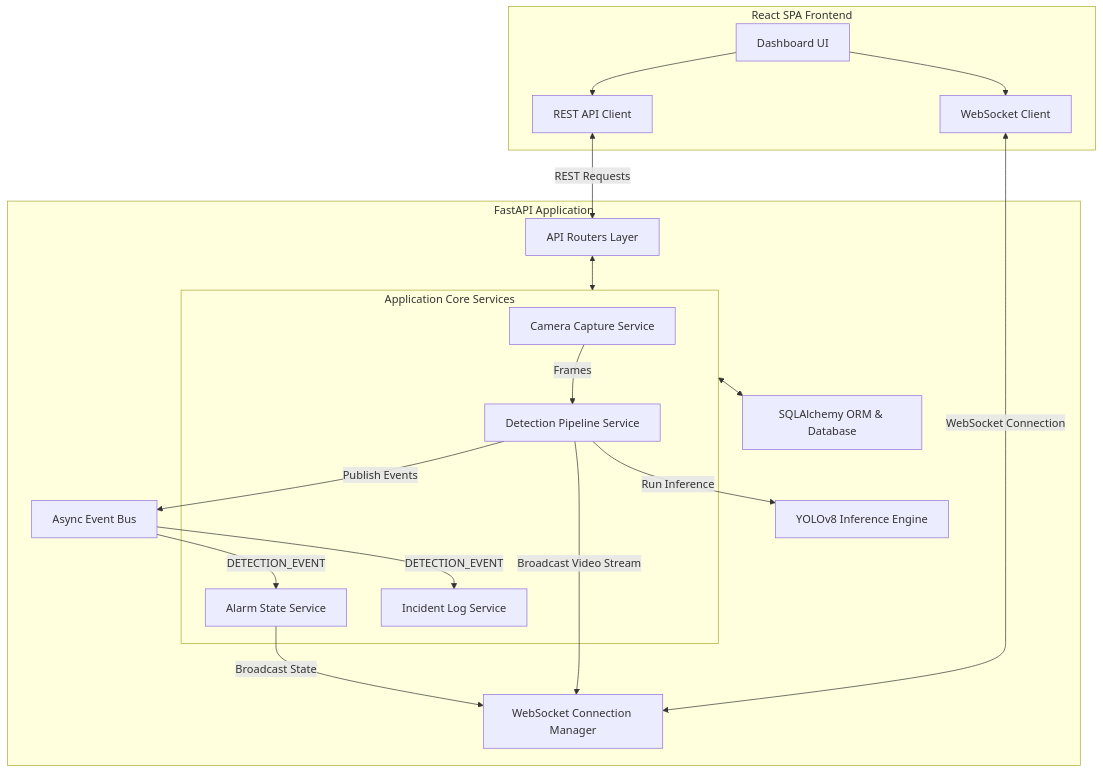
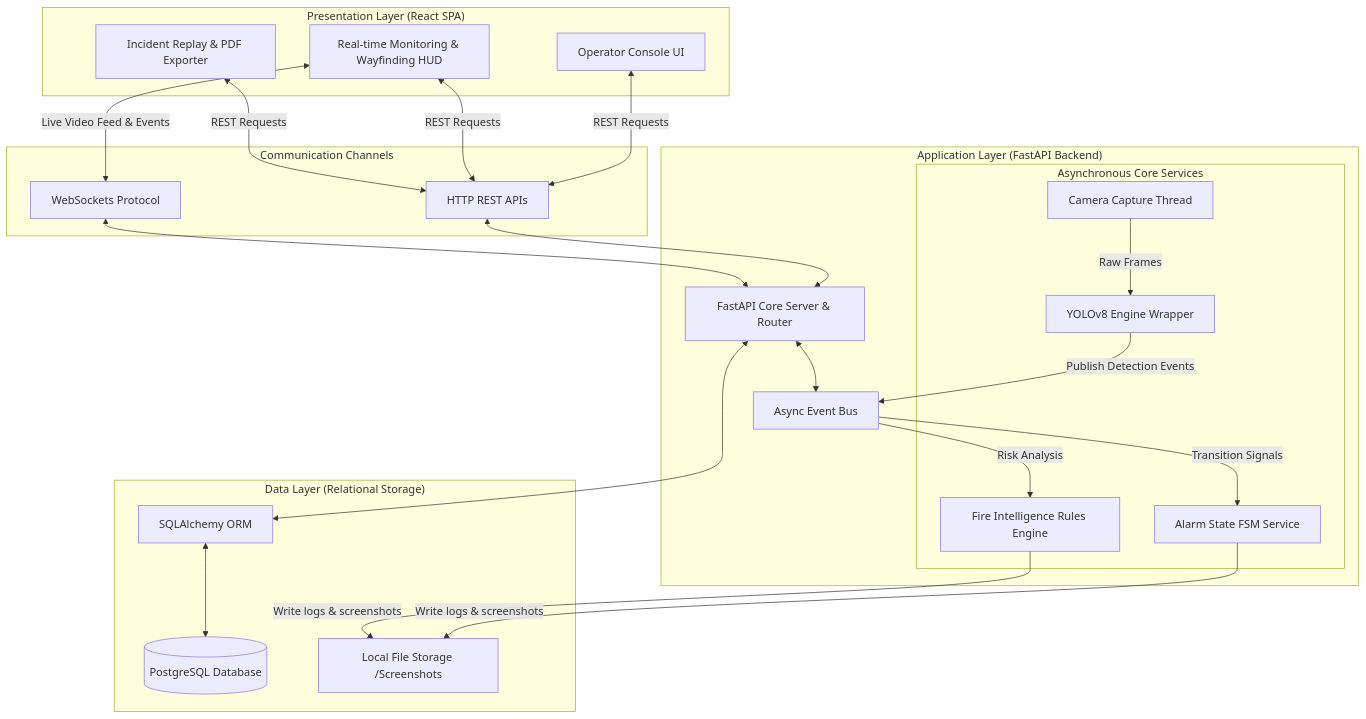
The first of 7 diagrams in project_report.md (kumarchandan001/FireGuard), drawn with Mermaid before and after one commit. The commit also changed other lines of this file, not shown here.

````diff
--- a/project_report.md
+++ b/project_report.md
@@ -434,40 +385,47 @@
 ```mermaid
-graph TD
-    subgraph Client ["React SPA Frontend"]
-        UI["Dashboard UI"]
-        WS_Client["WebSocket Client"]
-        API_Client["REST API Client"]
+graph TB
+    subgraph Client ["Presentation Layer (React SPA)"]
+        A[Operator Console UI]
+        B[Real-time Monitoring & Wayfinding HUD]
+        C[Incident Replay & PDF Exporter]
     end
 
-    subgraph Backend ["FastAPI Application"]
-        Router["API Routers Layer"]
-        WS_Manager["WebSocket Connection Manager"]
-        EventBus["Async Event Bus"]
-        
-        subgraph Services ["Application Core Services"]
-            CamSvc["Camera Capture Service"]
-            AISvc["Detection Pipeline Service"]
-            AlarmSvc["Alarm State Service"]
-            IncSvc["Incident Log Service"]
-        end
-        
-        YOLO["YOLOv8 Inference Engine"]
-        DB["SQLAlchemy ORM & Database"]
+    subgraph Transport ["Communication Channels"]
+        D[HTTP REST APIs]
+        E[WebSockets Protocol]
     end
 
-    CamSvc -->|Frames| AISvc
-    AISvc -->|Run Inference| YOLO
-    AISvc -->|Publish Events| EventBus
-    EventBus -->|DETECTION_EVENT| AlarmSvc
-    EventBus -->|DETECTION_EVENT| IncSvc
+    subgraph Server ["Application Layer (FastAPI Backend)"]
+        F[FastAPI Core Server & Router]
+        G[Async Event Bus]
+        
+        subgraph Services ["Asynchronous Core Services"]
+            H[Camera Capture Thread]
+            I[YOLOv8 Engine Wrapper]
+            J[Alarm State FSM Service]
+            K[Fire Intelligence Rules Engine]
+        end
+    end
+
+    subgraph Data ["Data Layer (Relational Storage)"]
+        L[SQLAlchemy ORM]
+        M[(PostgreSQL Database)]
+        N[Local File Storage /Screenshots]
+    end
+
+    A & B & C <-->|REST Requests| D
+    B <-->|Live Video Feed & Events| E
     
-    AlarmSvc -->|Broadcast State| WS_Manager
-    AISvc -->|Broadcast Video Stream| WS_Manager
+    D <--> F
+    E <--> F
     
-    WS_Client <-->|WebSocket Connection| WS_Manager
-    API_Client <-->|REST Requests| Router
-    Router <--> Services
-    Services <--> DB
-    UI --> WS_Client
-    UI --> API_Client
+    F <--> G
+    H -->|Raw Frames| I
+    I -->|Publish Detection Events| G
+    G -->|Transition Signals| J
+    G -->|Risk Analysis| K
+    
+    F <--> L
+    L <--> M
+    J & K -->|Write logs & screenshots| N
 ```
````
